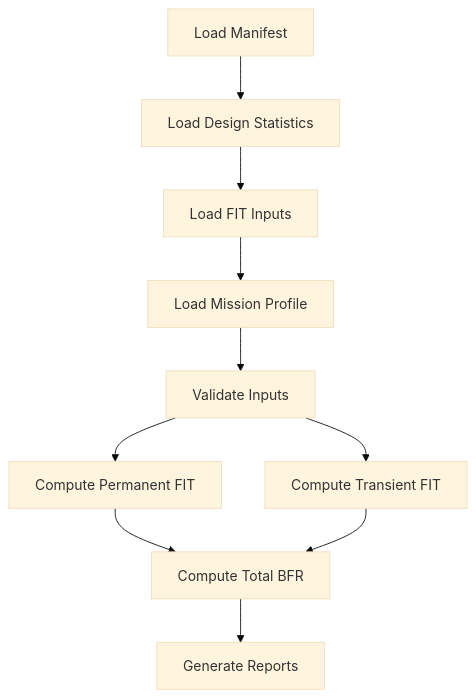
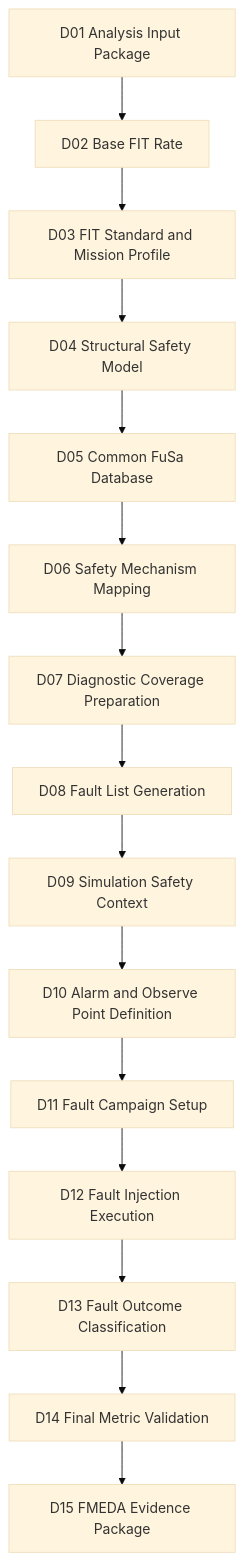
One commit to qiqixixi1001/automotive-safeic-practice changed the diagram in articles/03_automotive_safeic_practice_d03_github_en_generic.md. Above: the diagram before and after it, drawn with Mermaid (base theme). The commit also changed other lines of this file, not shown here.

````diff
--- a/articles/03_automotive_safeic_practice_d03_github_en_generic.md
+++ b/articles/03_automotive_safeic_practice_d03_github_en_generic.md
@@ -959,12 +495,17 @@
 ```mermaid
 flowchart TD
-    A[Load Manifest] --> B[Load Design Statistics]
-    B --> C[Load FIT Inputs]
-    C --> D[Load Mission Profile]
-    D --> E[Validate Inputs]
-    E --> F[Compute Permanent FIT]
-    E --> G[Compute Transient FIT]
-    F --> H[Compute Total BFR]
-    G --> H
-    H --> I[Generate Reports]
+    A[D01 Analysis Input Package] --> B[D02 Base FIT Rate]
+    B --> C[D03 FIT Standard and Mission Profile]
+    C --> D[D04 Structural Safety Model]
+    D --> E[D05 Common FuSa Database]
+    E --> F[D06 Safety Mechanism Mapping]
+    F --> G[D07 Diagnostic Coverage Preparation]
+    G --> H[D08 Fault List Generation]
+    H --> I[D09 Simulation Safety Context]
+    I --> J[D10 Alarm and Observe Point Definition]
+    J --> K[D11 Fault Campaign Setup]
+    K --> L[D12 Fault Injection Execution]
+    L --> M[D13 Fault Outcome Classification]
+    M --> N[D14 Final Metric Validation]
+    N --> O[D15 FMEDA Evidence Package]
 ```
````
